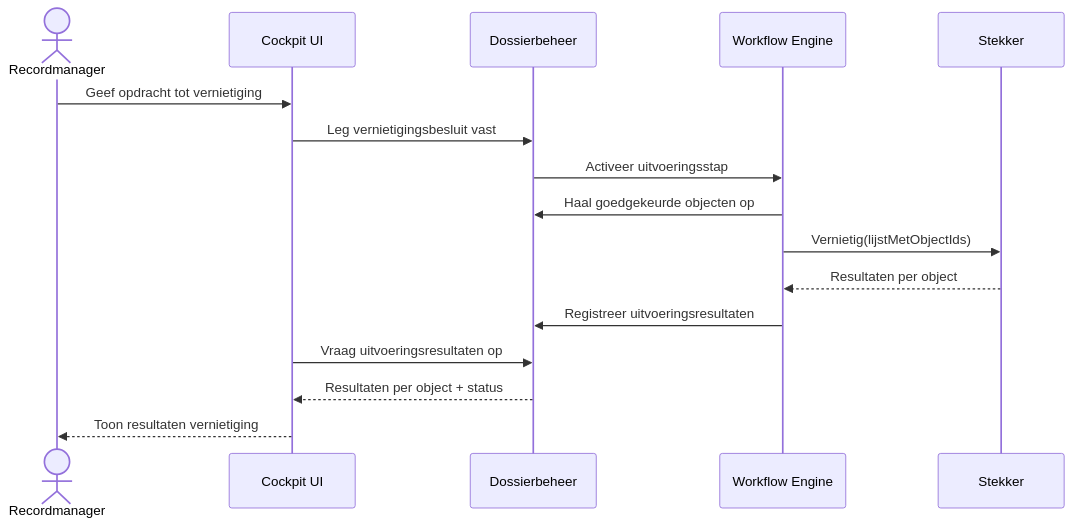
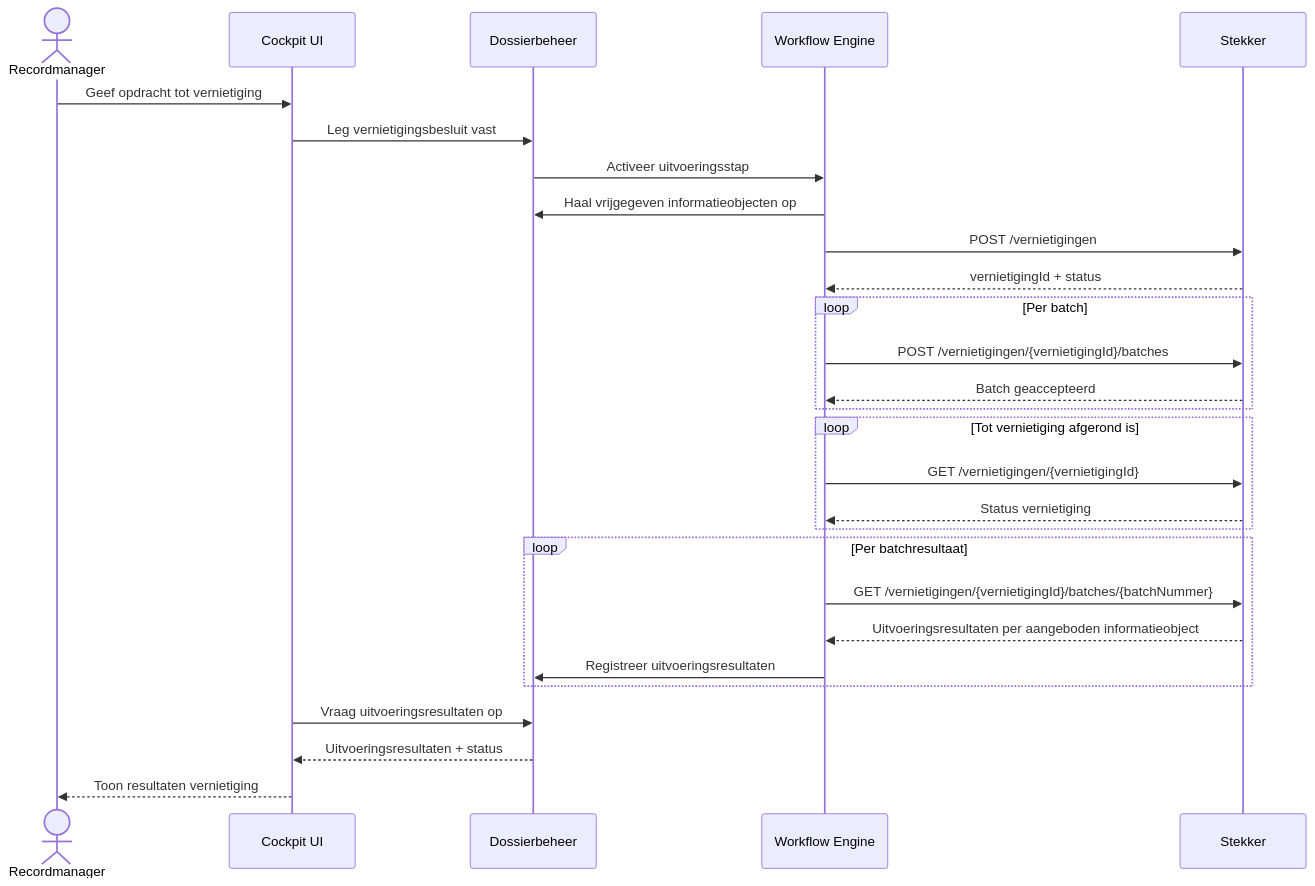
Before and after one commit to GemeenteArnhem/Vernietigingscockpit: the sixth of 11 diagrams in architectuur/sequence-diagrammen.md, drawn with Mermaid. The commit also changed other lines of this file and 4 other files, not shown here.

````diff
--- a/architectuur/sequence-diagrammen.md
+++ b/architectuur/sequence-diagrammen.md
@@ -154,22 +165,36 @@
 ```mermaid
 sequenceDiagram
     actor RM as Recordmanager
     participant UI as Cockpit UI
     participant D as Dossierbeheer
     participant WF as Workflow Engine
     participant Stekker
 
     RM ->> UI: Geef opdracht tot vernietiging
     UI ->> D: Leg vernietigingsbesluit vast
     D ->> WF: Activeer uitvoeringsstap
 
-    WF ->> D: Haal goedgekeurde objecten op
-    WF ->> Stekker: Vernietig(lijstMetObjectIds)
+    WF ->> D: Haal vrijgegeven informatieobjecten op
+    WF ->> Stekker: POST /vernietigingen
+    Stekker -->> WF: vernietigingId + status
 
-    Stekker -->> WF: Resultaten per object
-    WF ->> D: Registreer uitvoeringsresultaten
+    loop Per batch
+        WF ->> Stekker: POST /vernietigingen/{vernietigingId}/batches
+        Stekker -->> WF: Batch geaccepteerd
+    end
+
+    loop Tot vernietiging afgerond is
+        WF ->> Stekker: GET /vernietigingen/{vernietigingId}
+        Stekker -->> WF: Status vernietiging
+    end
+
+    loop Per batchresultaat
+        WF ->> Stekker: GET /vernietigingen/{vernietigingId}/batches/{batchNummer}
+        Stekker -->> WF: Uitvoeringsresultaten per aangeboden informatieobject
+        WF ->> D: Registreer uitvoeringsresultaten
+    end
 
     UI ->> D: Vraag uitvoeringsresultaten op
-    D -->> UI: Resultaten per object + status
+    D -->> UI: Uitvoeringsresultaten + status
     UI -->> RM: Toon resultaten vernietiging
 ```
````
